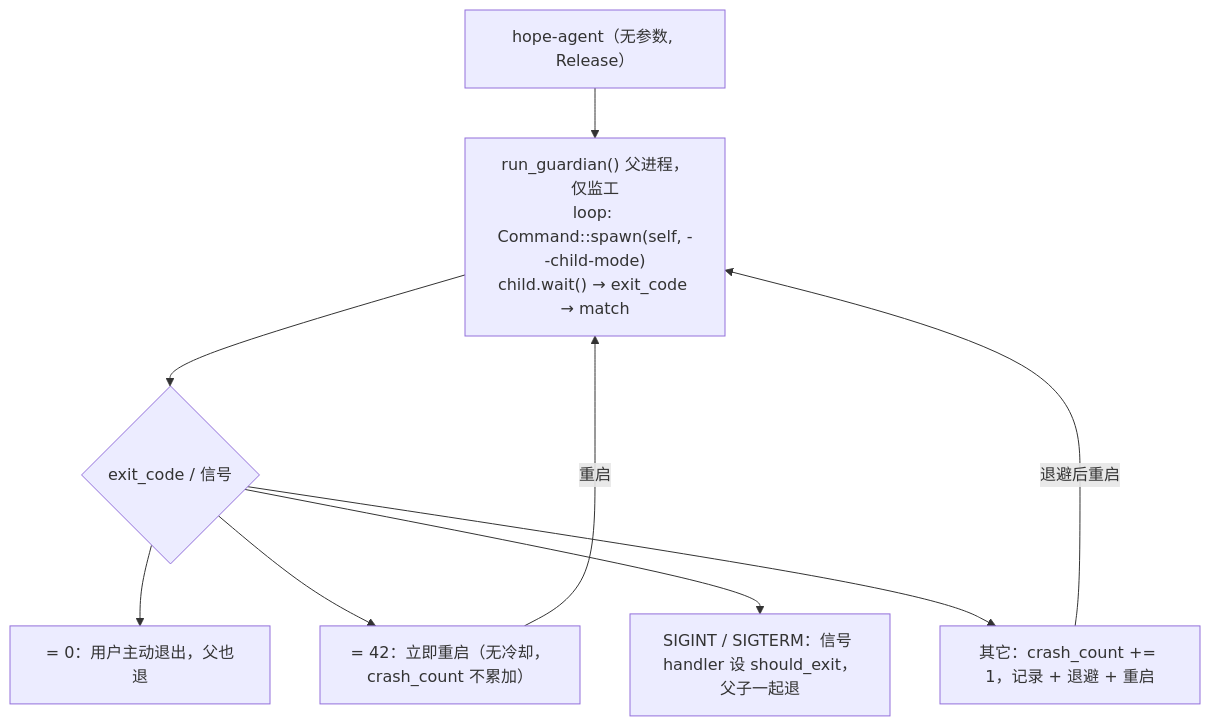
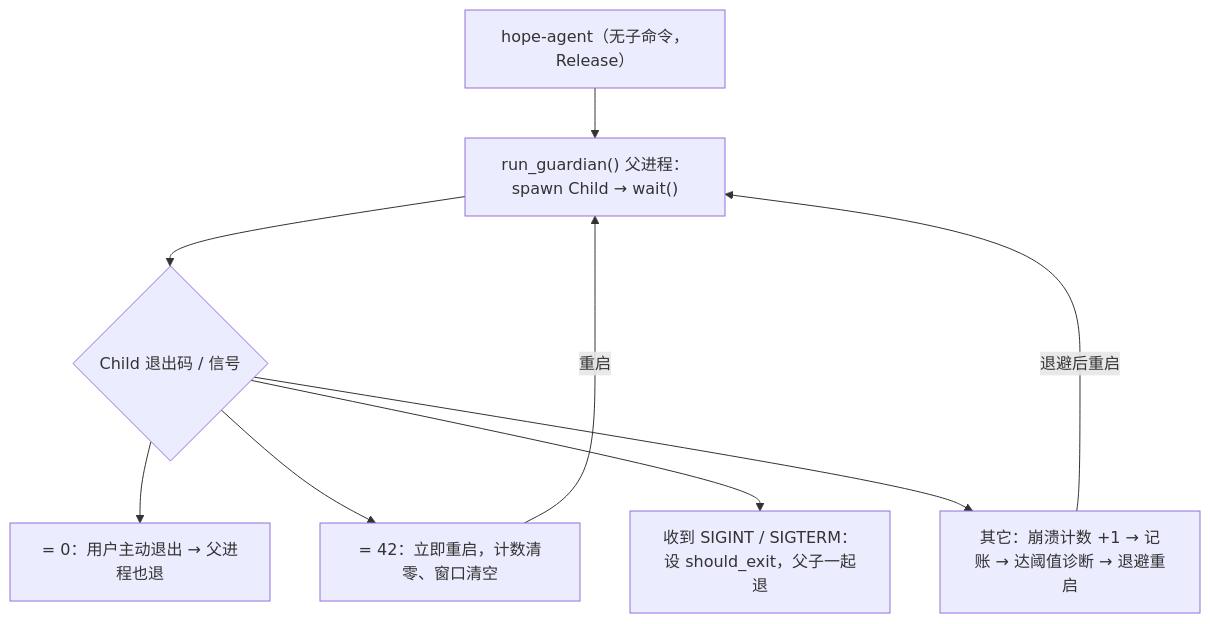
One commit to shiwenwen/hope-agent changed the second of 3 diagrams in docs/architecture/reliability.md. Above: the diagram before and after it, drawn with Mermaid. The commit also changed other lines of this file and 11 other files, not shown here.

````diff
--- a/docs/architecture/reliability.md
+++ b/docs/architecture/reliability.md
@@ -66,18 +76,18 @@
 ```mermaid
 flowchart TD
-    START["hope-agent（无参数, Release）"]
-    GUARD["run_guardian() 父进程，仅监工<br/>loop: Command::spawn(self, --child-mode)<br/>child.wait() → exit_code → match"]
-    D{"exit_code / 信号"}
-    E0["= 0：用户主动退出，父也退"]
-    E42["= 42：立即重启（无冷却，crash_count 不累加）"]
-    ESIG["SIGINT / SIGTERM：信号 handler 设 should_exit，父子一起退"]
-    EOTHER["其它：crash_count += 1，记录 + 退避 + 重启"]
+    START["hope-agent（无子命令，Release）"]
+    GUARD["run_guardian() 父进程：spawn Child → wait()"]
+    D{"Child 退出码 / 信号"}
+    E0["= 0：用户主动退出 → 父进程也退"]
+    E42["= 42：立即重启，计数清零、窗口清空"]
+    ESIG["收到 SIGINT / SIGTERM：设 should_exit，父子一起退"]
+    EOTHER["其它：崩溃计数 +1 → 记账 → 达阈值诊断 → 退避重启"]
 
     START --> GUARD --> D
     D --> E0
     D --> E42
     D --> ESIG
     D --> EOTHER
-    E42 -->|"重启"| GUARD
-    EOTHER -->|"退避后重启"| GUARD
+    E42 -->|重启| GUARD
+    EOTHER -->|退避后重启| GUARD
 ```
````
